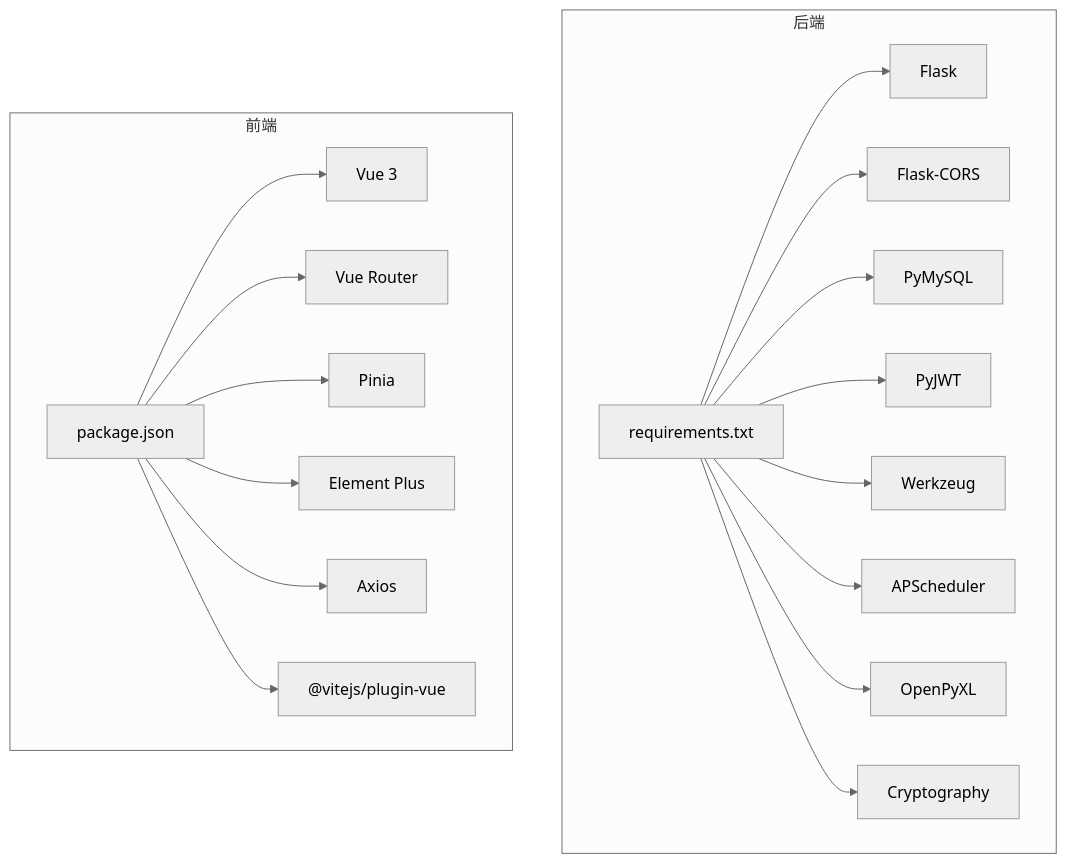
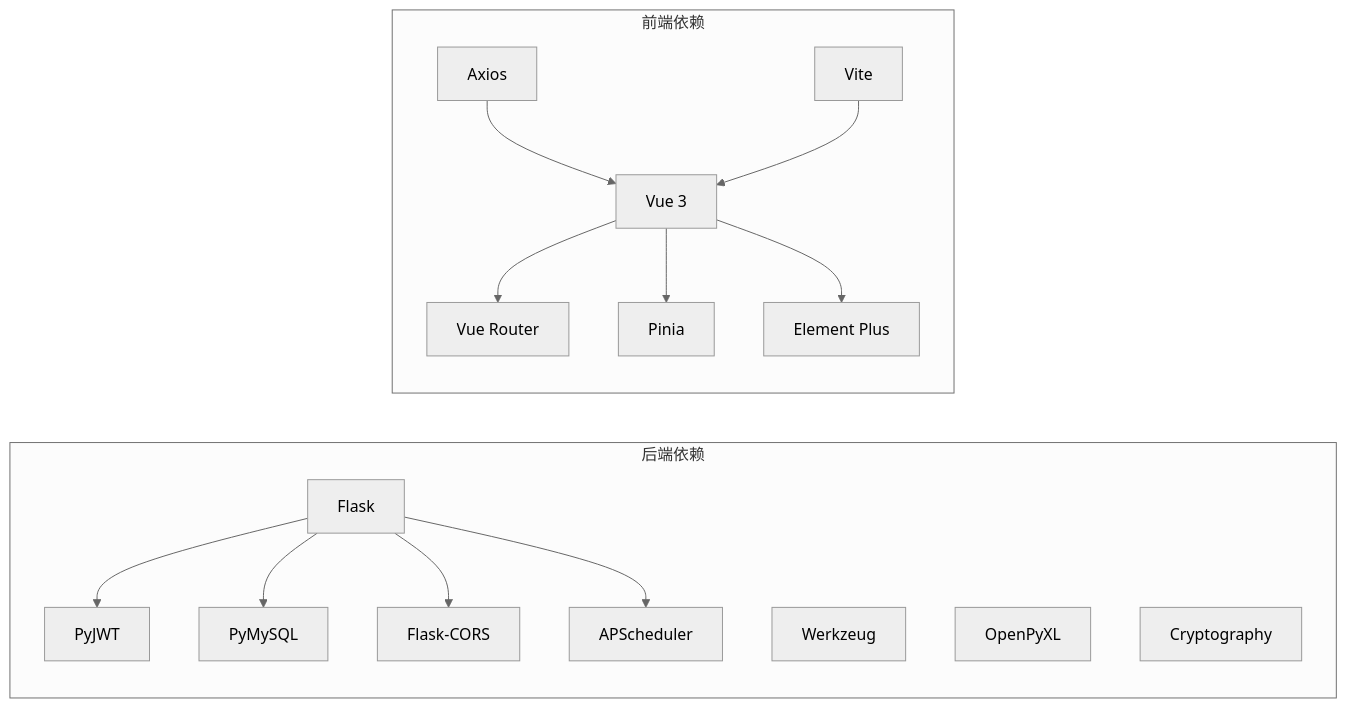
Before and after one commit to ismine3/OPS: the sixth of 6 diagrams in .qoder/repowiki/zh/content/开发指南/开发指南.md, drawn with Mermaid (neutral theme). The commit also changed other lines of this file and 109 other files, not shown here.

````diff
--- a/.qoder/repowiki/zh/content/开发指南/开发指南.md
+++ b/.qoder/repowiki/zh/content/开发指南/开发指南.md
@@ -296,23 +348,30 @@
 ```mermaid
-graph TB
-subgraph "后端"
-R["requirements.txt"]
-R --> F["Flask"]
-R --> C["Flask-CORS"]
-R --> P["PyMySQL"]
-R --> J["PyJWT"]
-R --> W["Werkzeug"]
-R --> S["APScheduler"]
-R --> X["OpenPyXL"]
-R --> G["Cryptography"]
+graph LR
+subgraph "后端依赖"
+F["Flask"]
+CORS["Flask-CORS"]
+MYSQL["PyMySQL"]
+JWT["PyJWT"]
+WZ["Werkzeug"]
+APS["APScheduler"]
+XLSX["OpenPyXL"]
+CRY["Cryptography"]
 end
-subgraph "前端"
-PJ["package.json"]
-PJ --> V["Vue 3"]
-PJ --> VR["Vue Router"]
-PJ --> PI["Pinia"]
-PJ --> EP["Element Plus"]
-PJ --> AX["Axios"]
-PJ --> VP["@vitejs/plugin-vue"]
+subgraph "前端依赖"
+VUE["Vue 3"]
+VR["Vue Router"]
+PIN["Pinia"]
+EP["Element Plus"]
+AX["Axios"]
+VITE["Vite"]
 end
+F --> JWT
+F --> MYSQL
+F --> CORS
+F --> APS
+VUE --> VR
+VUE --> PIN
+VUE --> EP
+AX --> VUE
+VITE --> VUE
 ```
````
